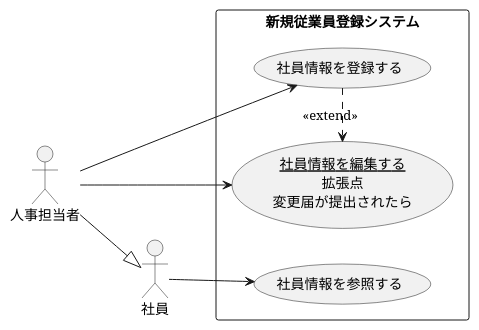
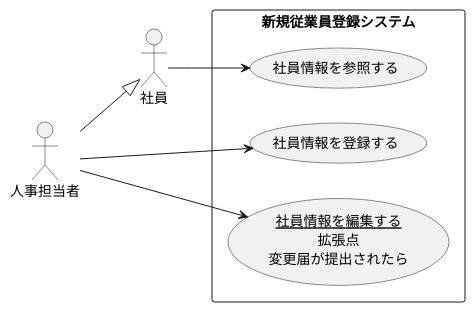
The diagram in 演習2-6_盛岡システム_従業員登録システム.pu (s-takaki22/uml-introduction), drawn with PlantUML before and after one commit.

```diff
--- a/演習2-6_盛岡システム_従業員登録システム.pu
+++ b/演習2-6_盛岡システム_従業員登録システム.pu
@@ -1,15 +1,14 @@
 @startuml
 left to right direction
 actor 社員
 actor 人事担当者
 rectangle 新規従業員登録システム{
 usecase 社員情報を登録する
 usecase 社員情報を参照する
 usecase (<u>社員情報を編集する</u>\n拡張点\n変更届が提出されたら) as edit
 }
 人事担当者 --|> 社員
 社員 --> 社員情報を参照する
 人事担当者 --> 社員情報を登録する
-社員情報を登録する .> edit : <<extend>>
 人事担当者 --> edit
 @enduml
```
